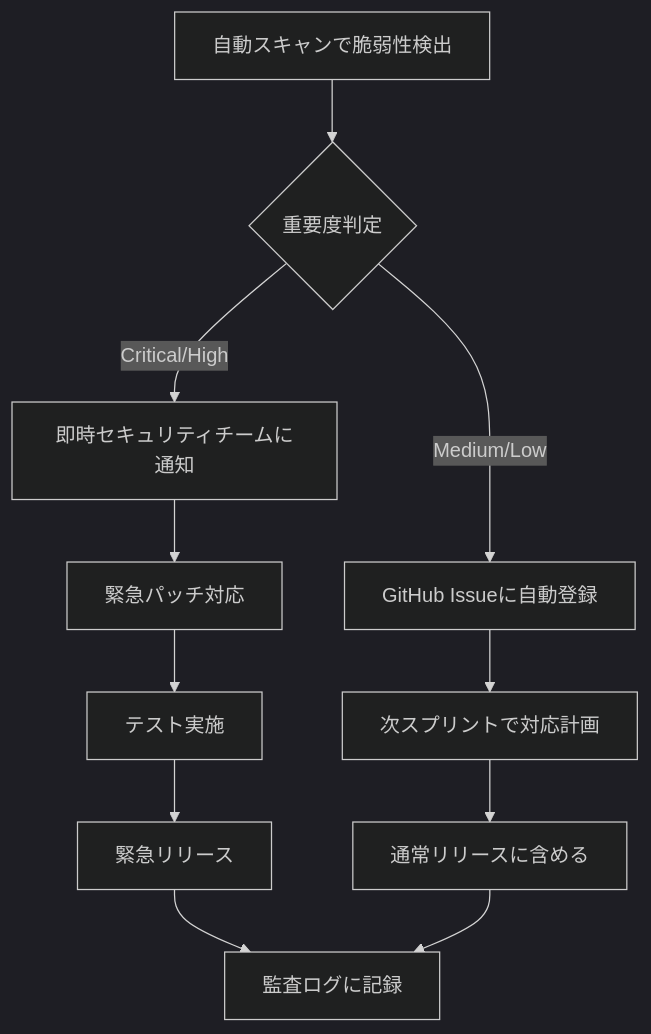
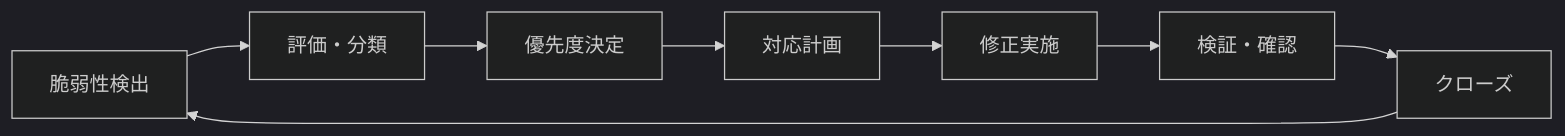
One commit to Kensan196948G/ServiceHub-Construction-Platform changed the diagram in docs/06_セキュリティ（Security）/04_脆弱性管理（Vulnerability Management）.md. Above: the diagram before and after it, drawn with Mermaid (dark theme). The commit also changed other lines of this file and 37 other files, not shown here.

````diff
--- a/docs/06_セキュリティ（Security）/04_脆弱性管理（Vulnerability Management）.md
+++ b/docs/06_セキュリティ（Security）/04_脆弱性管理（Vulnerability Management）.md
@@ -69,13 +8,10 @@
 ```mermaid
-flowchart TD
-    A[自動スキャンで脆弱性検出] --> B{重要度判定}
-    B -- Critical/High --> C[即時セキュリティチームに通知]
-    B -- Medium/Low --> D[GitHub Issueに自動登録]
-    C --> E[緊急パッチ対応]
-    E --> F[テスト実施]
-    F --> G[緊急リリース]
-    D --> H[次スプリントで対応計画]
-    H --> I[通常リリースに含める]
-    G --> J[監査ログに記録]
-    I --> J
+graph LR
+    A[脆弱性検出] --> B[評価・分類]
+    B --> C[優先度決定]
+    C --> D[対応計画]
+    D --> E[修正実施]
+    E --> F[検証・確認]
+    F --> G[クローズ]
+    G --> A
 ```
````
